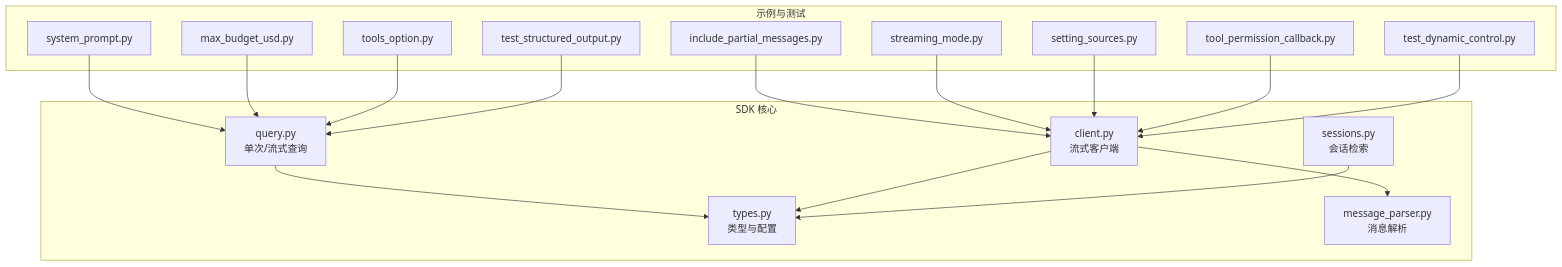
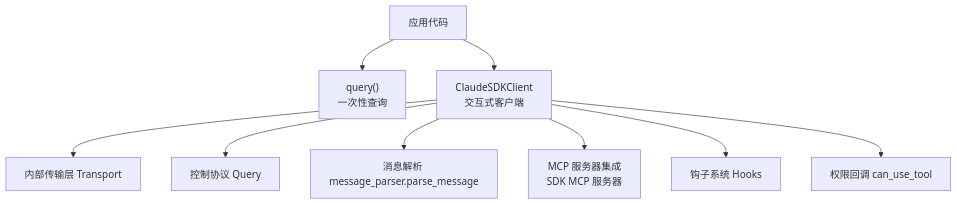
The first of 6 diagrams in .qoder/repowiki/zh/content/高级功能/高级功能.md (defulat-coder/claude-agent-sdk-python), drawn with Mermaid before and after one commit. The commit also changed other lines of this file and 85 other files, not shown here.

````diff
--- a/.qoder/repowiki/zh/content/高级功能/高级功能.md
+++ b/.qoder/repowiki/zh/content/高级功能/高级功能.md
@@ -50,34 +39,11 @@
 ```mermaid
 graph TB
-subgraph "SDK 核心"
-Q["query.py<br/>单次/流式查询"]
-C["client.py<br/>流式客户端"]
-T["types.py<br/>类型与配置"]
-MP["message_parser.py<br/>消息解析"]
-S["sessions.py<br/>会话检索"]
-end
-subgraph "示例与测试"
-EX1["system_prompt.py"]
-EX2["include_partial_messages.py"]
-EX3["max_budget_usd.py"]
-EX4["tools_option.py"]
-EX5["streaming_mode.py"]
-EX6["setting_sources.py"]
-EX7["tool_permission_callback.py"]
-E2E1["test_structured_output.py"]
-E2E2["test_dynamic_control.py"]
-end
-Q --> T
-C --> T
-C --> MP
-S --> T
-EX1 --> Q
-EX2 --> C
-EX3 --> Q
-EX4 --> Q
-EX5 --> C
-EX6 --> C
-EX7 --> C
-E2E1 --> Q
-E2E2 --> C
+A["应用代码"] --> B["query()<br/>一次性查询"]
+A --> C["ClaudeSDKClient<br/>交互式客户端"]
+C --> D["内部传输层 Transport"]
+C --> E["控制协议 Query"]
+C --> F["消息解析 message_parser.parse_message"]
+C --> G["MCP 服务器集成<br/>SDK MCP 服务器"]
+C --> H["钩子系统 Hooks"]
+C --> I["权限回调 can_use_tool"]
 ```
````
